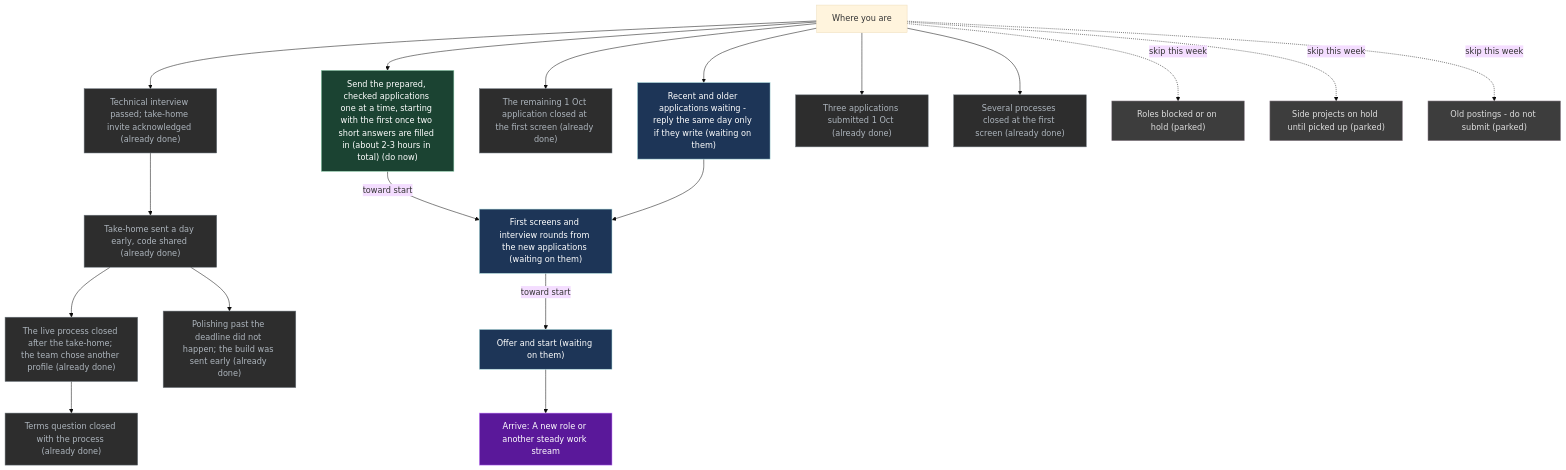
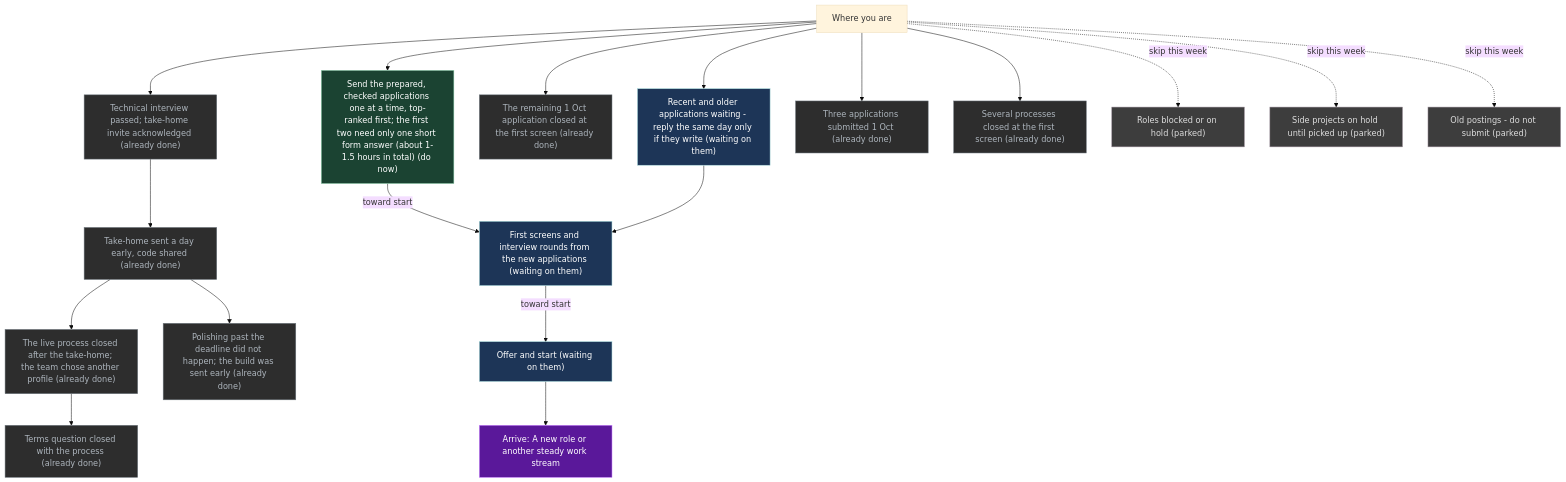
One commit to p10ns11y/life-os changed the diagram in UI/Mission.md. Above: the diagram before and after it, drawn with Mermaid (base theme). The commit also changed other lines of this file, not shown here.

````diff
--- a/UI/Mission.md
+++ b/UI/Mission.md
@@ -70,47 +70,47 @@
 ```mermaid
 flowchart TB
   x["Where you are"]
   G["Arrive: A new role or another steady work stream"]
   S0["Technical interview passed; take-home invite acknowledged (already done)"]
   S4["Take-home sent a day early, code shared (already done)"]
   S4b["The live process closed after the take-home; the team chose another profile (already done)"]
-  S7["Send the prepared, checked applications one at a time, starting with the first once two short answers are filled in (about 2-3 hours in total) (do now)"]
+  S7["Send the prepared, checked applications one at a time, top-ranked first; the first two need only one short form answer (about 1-1.5 hours in total) (do now)"]
   S8["First screens and interview rounds from the new applications (waiting on them)"]
   S5["Offer and start (waiting on them)"]
   S6["The remaining 1 Oct application closed at the first screen (already done)"]
   S1["Recent and older applications waiting - reply the same day only if they write (waiting on them)"]
   R1["Terms question closed with the process (already done)"]
   R2["Polishing past the deadline did not happen; the build was sent early (already done)"]
   S3["Three applications submitted 1 Oct (already done)"]
   D1["Several processes closed at the first screen (already done)"]
   P1["Roles blocked or on hold (parked)"]
   P2["Side projects on hold until picked up (parked)"]
   P3["Old postings - do not submit (parked)"]
   x --> S0
   S0 --> S4
   S4 --> S4b
   x --> S7
   S7 -->|"toward start"| S8
   S1 --> S8
   S8 -->|"toward start"| S5
   x --> S6
   x --> S1
   S4b --> R1
   S4 --> R2
   x --> S3
   x --> D1
   x -.->|"skip this week"| P1
   x -.->|"skip this week"| P2
   x -.->|"skip this week"| P3
   S5 --> G
   classDef do fill:#1b4332,stroke:#95d5b2,color:#fff
   classDef wait fill:#1d3557,stroke:#a8dadc,color:#fff
   classDef park fill:#3d3d3d,stroke:#9a8c98,color:#ddd
   classDef done fill:#2d2d2d,stroke:#6c757d,color:#adb5bd
   classDef goal fill:#5a189a,stroke:#c77dff,color:#fff
   class G goal
   class S7 do
   class S8,S5,S1 wait
   class P1,P2,P3 park
   class S0,S4,S4b,S6,R1,R2,S3,D1 done
 ```
````
